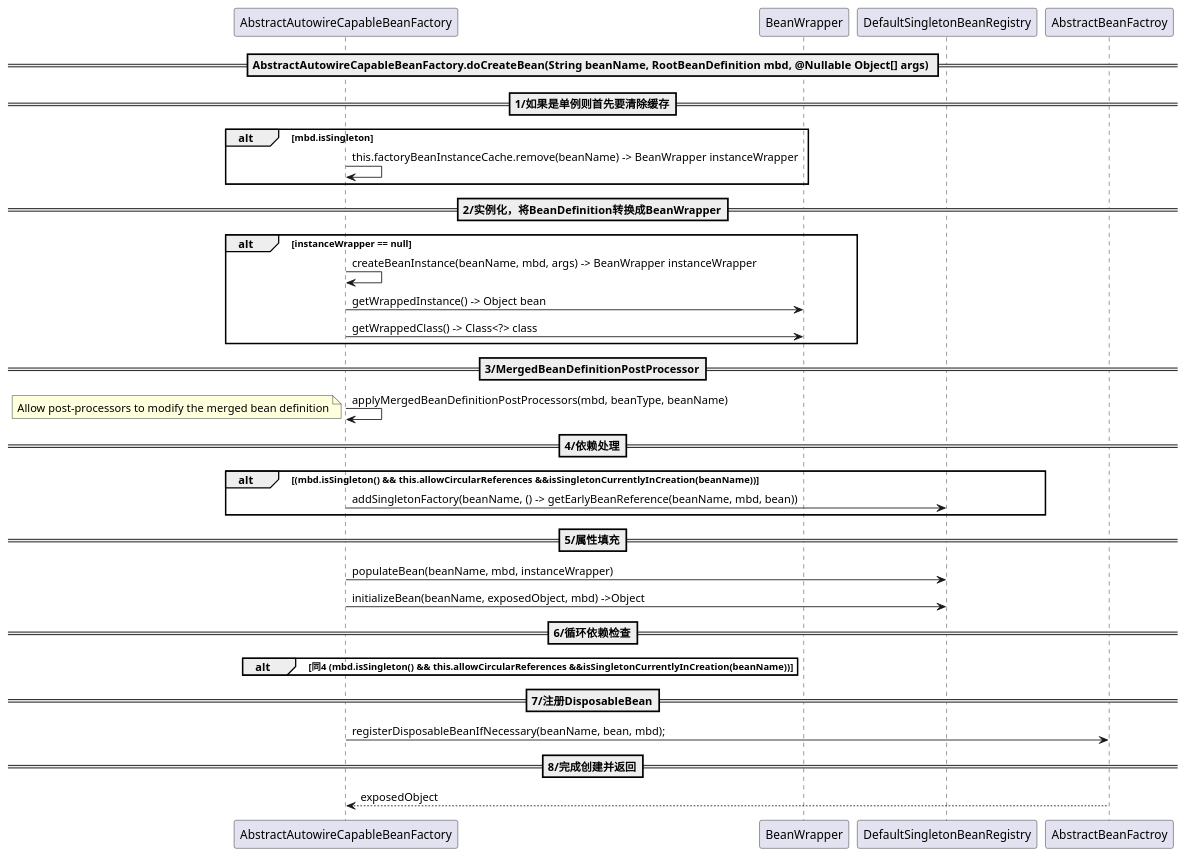
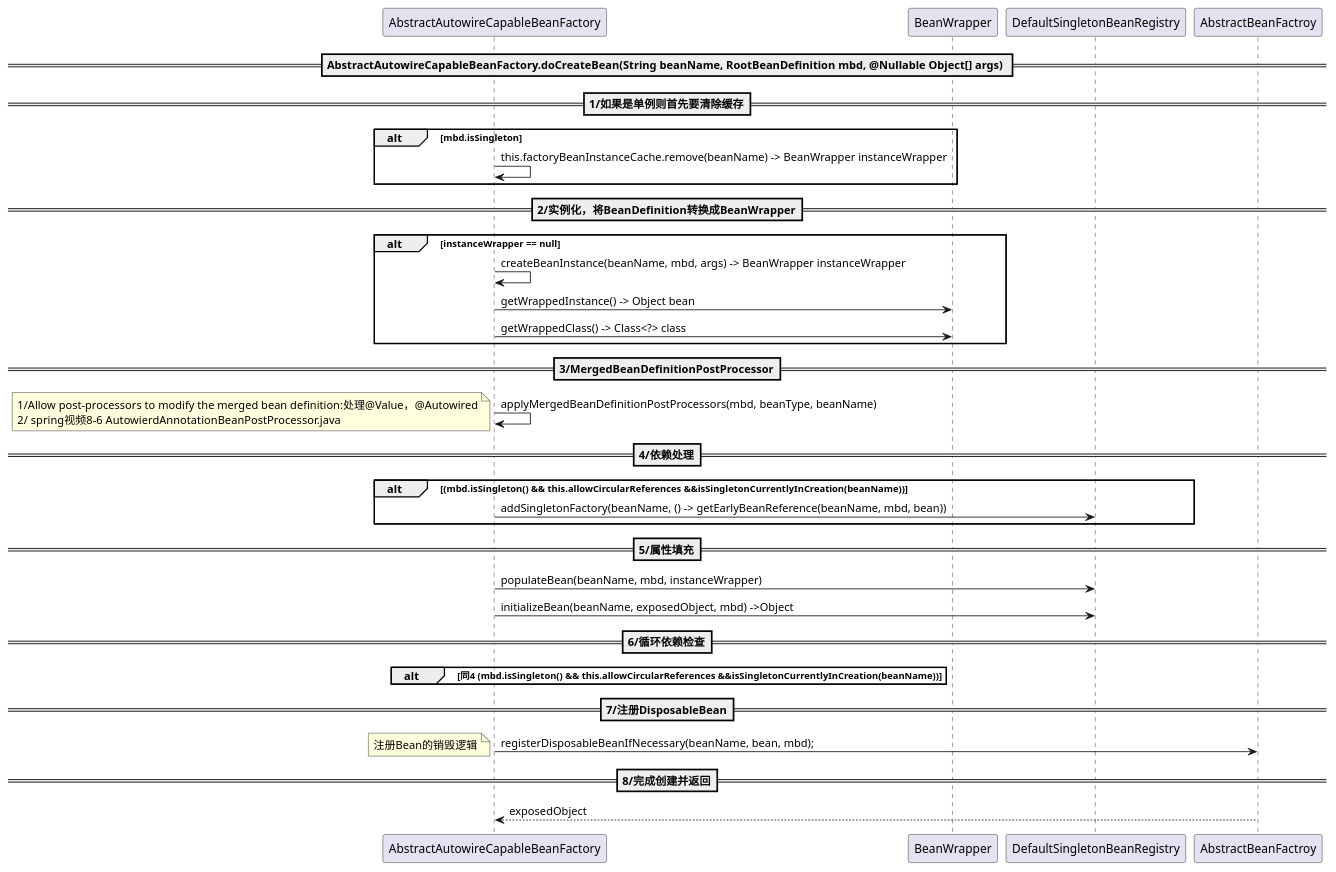
The first of 6 diagrams in markdown/imooc/chap8/5_7 创建Bean实例.puml (yuelezhou/simpleframework), drawn with PlantUML before and after one commit. The commit also changed other lines of this file and 2 other files, not shown here.

```diff
--- a/markdown/imooc/chap8/5_7 创建Bean实例.puml
+++ b/markdown/imooc/chap8/5_7 创建Bean实例.puml
@@ -1,37 +1,40 @@
 @startuml
 == AbstractAutowireCapableBeanFactory.doCreateBean(String beanName, RootBeanDefinition mbd, @Nullable Object[] args) ==
 note left
 该类的核心方法，创建Bean实例，填充属性
 end note
 ==1/如果是单例则首先要清除缓存==
 alt mbd.isSingleton
 AbstractAutowireCapableBeanFactory -> AbstractAutowireCapableBeanFactory : this.factoryBeanInstanceCache.remove(beanName) -> BeanWrapper instanceWrapper
 end
 ==2/实例化，将BeanDefinition转换成BeanWrapper==
 alt instanceWrapper == null
 AbstractAutowireCapableBeanFactory -> AbstractAutowireCapableBeanFactory : createBeanInstance(beanName, mbd, args) -> BeanWrapper instanceWrapper
 AbstractAutowireCapableBeanFactory -> BeanWrapper : getWrappedInstance() -> Object bean
 AbstractAutowireCapableBeanFactory -> BeanWrapper : getWrappedClass() -> Class<?> class
 end
 ==3/MergedBeanDefinitionPostProcessor==
 AbstractAutowireCapableBeanFactory -> AbstractAutowireCapableBeanFactory :applyMergedBeanDefinitionPostProcessors(mbd, beanType, beanName)
 note left
-Allow post-processors to modify the merged bean definition
+1/Allow post-processors to modify the merged bean definition:处理@Value，@Autowired
+2/ spring视频8-6 AutowierdAnnotationBeanPostProcessor.java
 end note
 ==4/依赖处理==
 alt (mbd.isSingleton() && this.allowCircularReferences &&isSingletonCurrentlyInCreation(beanName))
 AbstractAutowireCapableBeanFactory -> DefaultSingletonBeanRegistry : addSingletonFactory(beanName, () -> getEarlyBeanReference(beanName, mbd, bean))
 end
 ==5/属性填充==
 AbstractAutowireCapableBeanFactory -> DefaultSingletonBeanRegistry : populateBean(beanName, mbd, instanceWrapper)
 AbstractAutowireCapableBeanFactory -> DefaultSingletonBeanRegistry : initializeBean(beanName, exposedObject, mbd) ->Object
 ==6/循环依赖检查==
 alt 同4 (mbd.isSingleton() && this.allowCircularReferences &&isSingletonCurrentlyInCreation(beanName))
 
 end
-
 ==7/注册DisposableBean==
 AbstractAutowireCapableBeanFactory -> AbstractBeanFactroy : registerDisposableBeanIfNecessary(beanName, bean, mbd);
+note left
+注册Bean的销毁逻辑
+end note
 ==8/完成创建并返回==
 return exposedObject
 @enduml
```
